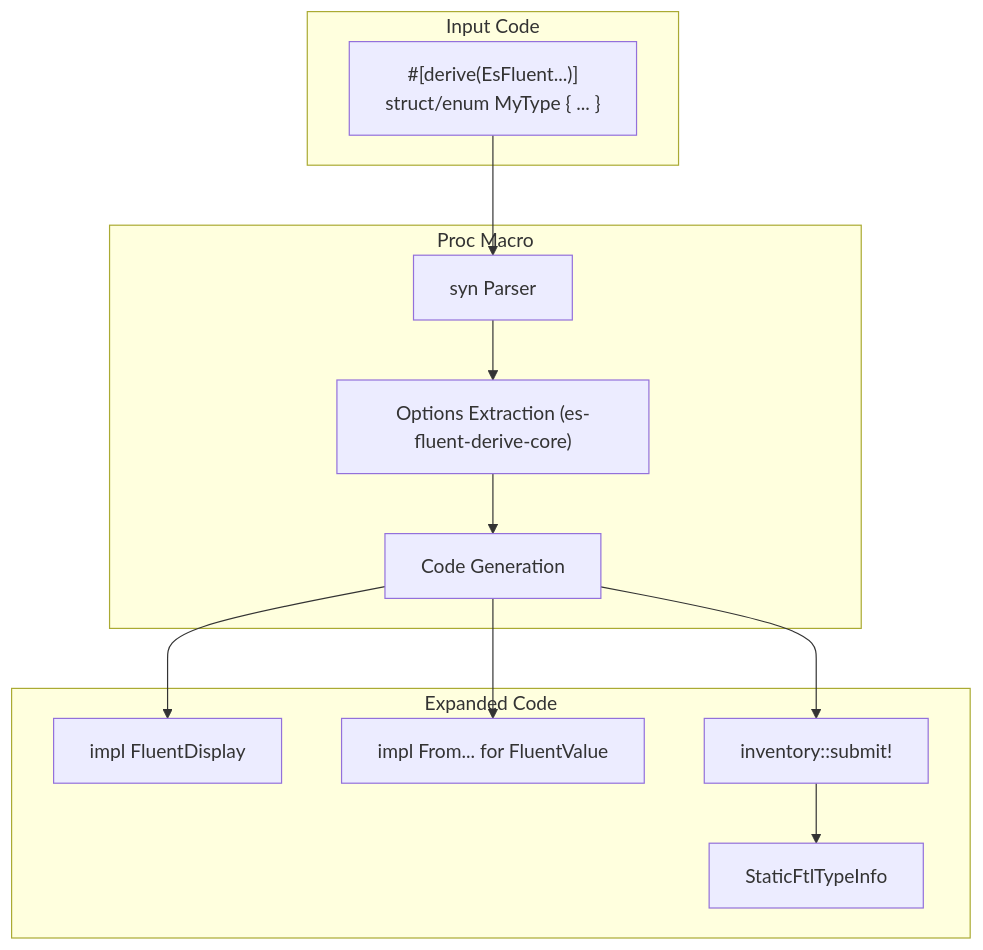
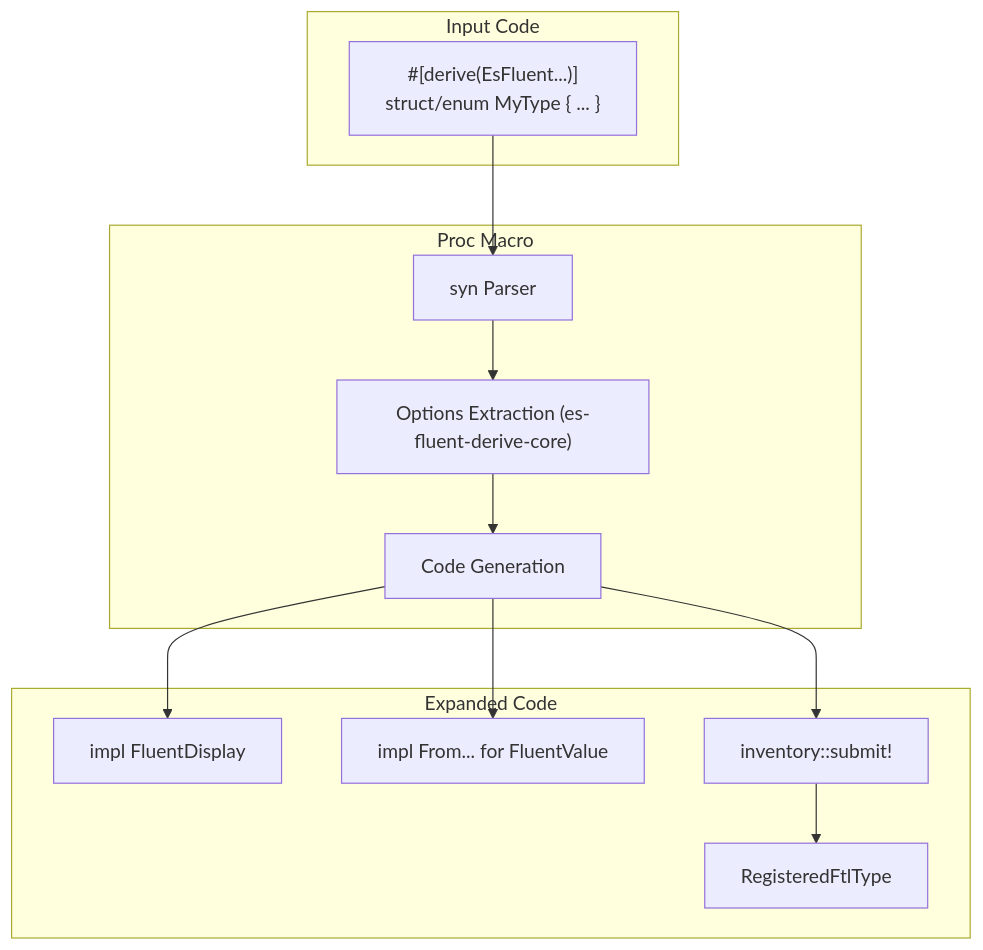
The diagram in crates/es-fluent-derive/docs/ARCHITECTURE.md (stayhydated/es-fluent), drawn with Mermaid before and after one commit. The commit also changed other lines of this file and 18 other files, not shown here.

````diff
--- a/crates/es-fluent-derive/docs/ARCHITECTURE.md
+++ b/crates/es-fluent-derive/docs/ARCHITECTURE.md
@@ -17,27 +17,27 @@
 ```mermaid
 flowchart TD
     subgraph INPUT["Input Code"]
         CODE["#[derive(EsFluent...)]<br/>struct/enum MyType { ... }"]
     end
 
     subgraph MACRO["Proc Macro"]
         PARSE["syn Parser"]
         OPTS["Options Extraction (es-fluent-derive-core)"]
         GEN["Code Generation"]
     end
 
     subgraph OUTPUT["Expanded Code"]
         IMPL["impl FluentDisplay"]
         VAL["impl From... for FluentValue"]
         INV["inventory::submit!"]
-        STATIC[StaticFtlTypeInfo]
+        REG[RegisteredFtlType]
     end
 
     CODE --> PARSE
     PARSE --> OPTS
     OPTS --> GEN
     GEN --> IMPL
     GEN --> VAL
     GEN --> INV
-    INV --> STATIC
+    INV --> REG
 ```
````
